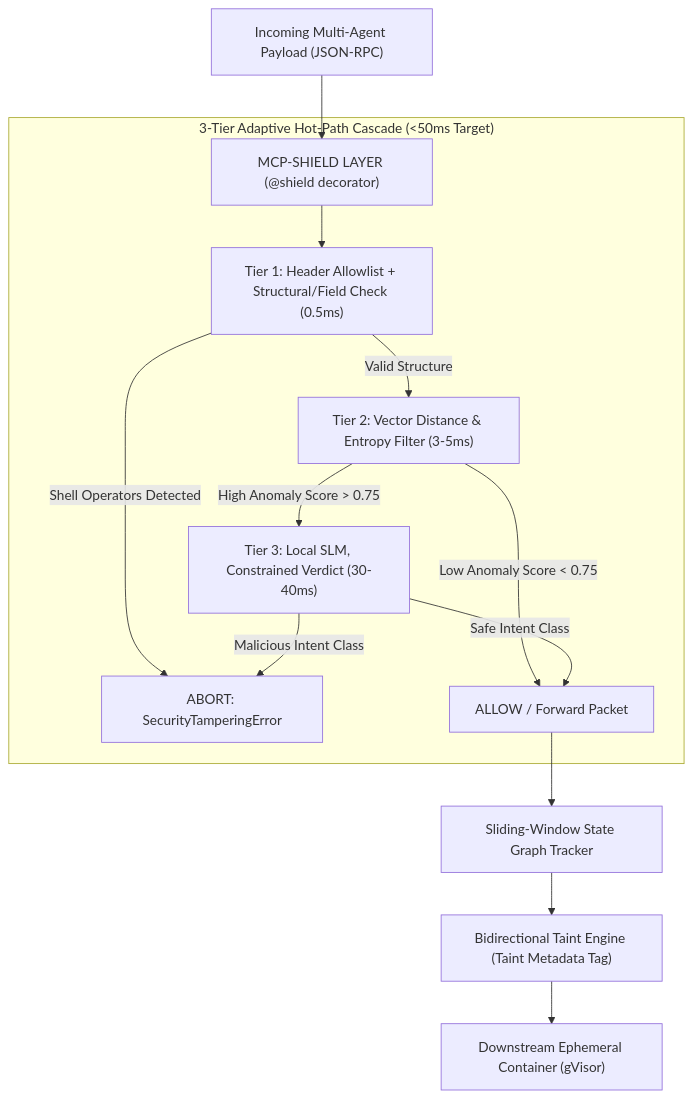
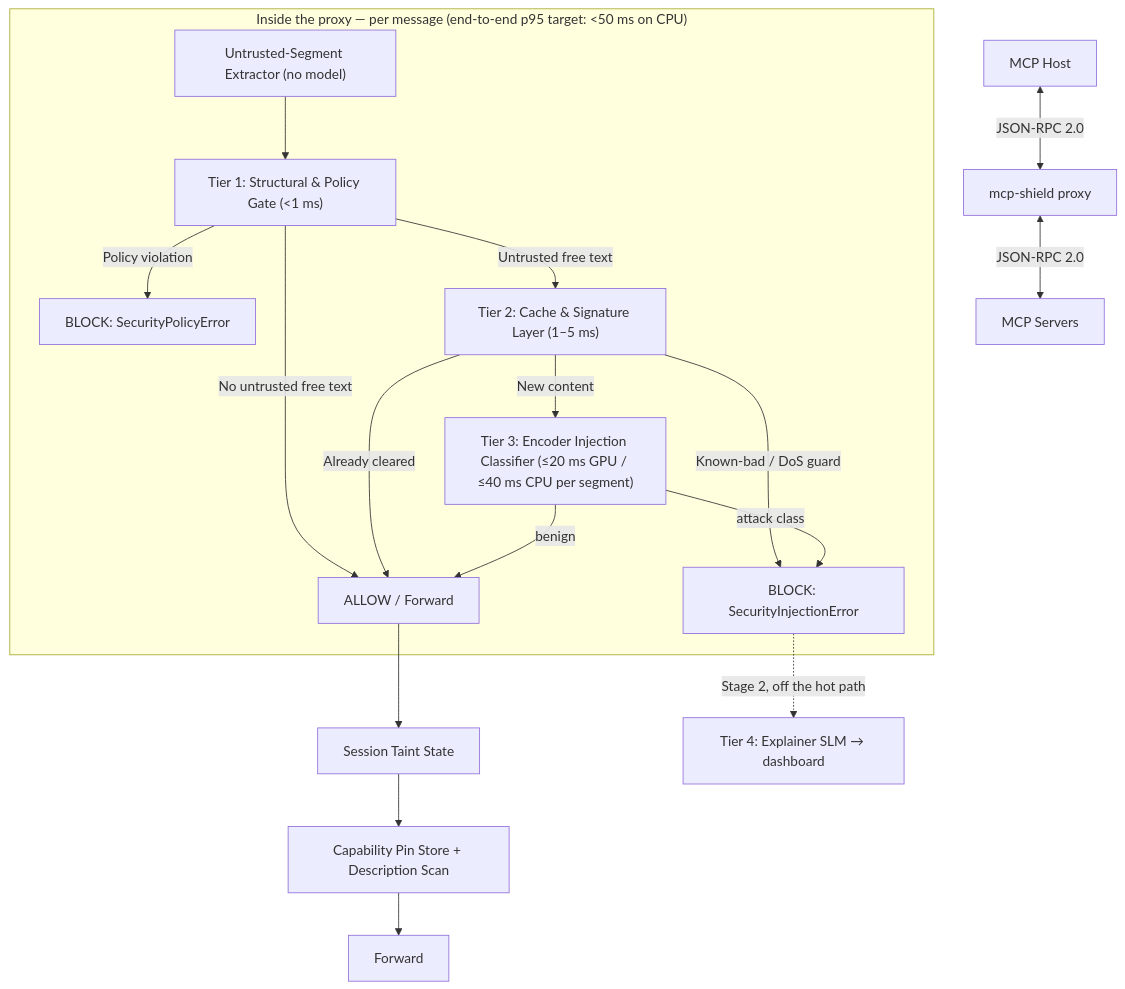
The ninth of 10 diagrams in MCP-Shield Complete Presentation Script & Project Blueprint.md (rishikeshvarma/MCP-Shield), drawn with Mermaid before and after one commit. The commit also changed other lines of this file and 10 other files, not shown here.

````diff
--- a/MCP-Shield Complete Presentation Script & Project Blueprint.md
+++ b/MCP-Shield Complete Presentation Script & Project Blueprint.md
@@ -420,21 +325,20 @@
 ```mermaid
 graph TD
-    Payload["Incoming Multi-Agent Payload (JSON-RPC)"] --> Decorator["MCP-SHIELD LAYER (@shield decorator)"]
-    
-    subgraph Cascade["3-Tier Adaptive Hot-Path Cascade (<50ms Target)"]
-        Decorator --> T1["Tier 1: Header Allowlist + Structural/Field Check (0.5ms)"]
-        T1 -->|Valid Structure| T2["Tier 2: Vector Distance & Entropy Filter (3-5ms)"]
-        T1 -->|Shell Operators Detected| Deny["ABORT: SecurityTamperingError"]
-        
-        T2 -->|"Low Anomaly Score < 0.75"| Pass["ALLOW / Forward Packet"]
-        T2 -->|"High Anomaly Score > 0.75"| T3["Tier 3: Local SLM, Constrained Verdict (30-40ms)"]
+    Host["MCP Host"] <-->|"JSON-RPC 2.0"| Proxy["mcp-shield proxy"]
+    Proxy <-->|"JSON-RPC 2.0"| Servers["MCP Servers"]
 
-        
-        T3 -->|Malicious Intent Class| Deny
-        T3 -->|Safe Intent Class| Pass
+    subgraph Cascade["Inside the proxy — per message (end-to-end p95 target: <50 ms on CPU)"]
+        Ext["Untrusted-Segment Extractor (no model)"] --> T1["Tier 1: Structural & Policy Gate (<1 ms)"]
+        T1 -->|"Policy violation"| Deny1["BLOCK: SecurityPolicyError"]
+        T1 -->|"No untrusted free text"| Pass["ALLOW / Forward"]
+        T1 -->|"Untrusted free text"| T2["Tier 2: Cache & Signature Layer (1–5 ms)"]
+        T2 -->|"Already cleared"| Pass
+        T2 -->|"Known-bad / DoS guard"| Deny2["BLOCK: SecurityInjectionError"]
+        T2 -->|"New content"| T3["Tier 3: Encoder Injection Classifier (≤20 ms GPU / ≤40 ms CPU per segment)"]
+        T3 -->|"benign"| Pass
+        T3 -->|"attack class"| Deny2
     end
-    
-    Pass --> StateTrack["Sliding-Window State Graph Tracker"]
-    StateTrack --> Taint["Bidirectional Taint Engine (Taint Metadata Tag)"]
-    Taint --> Execution["Downstream Ephemeral Container (gVisor)"]
+
+    Pass --> Taint["Session Taint State"] --> Pin["Capability Pin Store + Description Scan"] --> Out["Forward"]
+    Deny2 -.->|"Stage 2, off the hot path"| T4["Tier 4: Explainer SLM → dashboard"]
 ```
````
